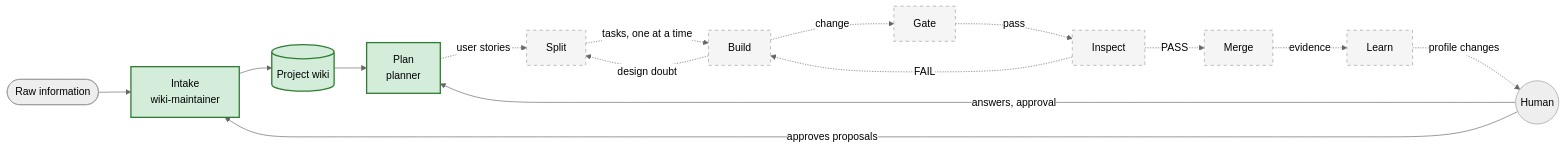
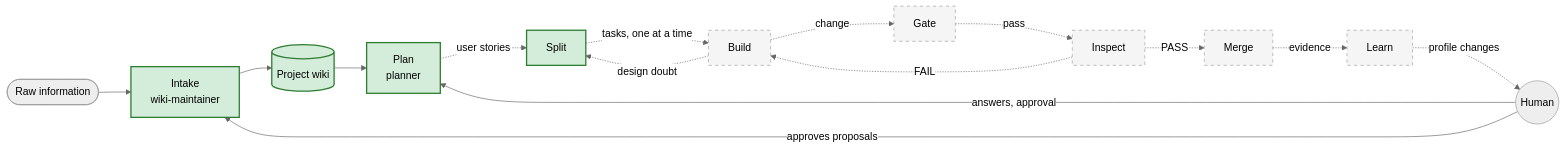
Before and after one commit to juancrfig/ergon: the diagram in docs/factory.md, drawn with Mermaid (neutral theme). The commit also changed other lines of this file and 15 other files, not shown here.

Commit message:
Split node: architect turns approved stories into tasks, code checks coverage, files and repos; read-only code tools (ADR 0025)

````diff
--- a/docs/factory.md
+++ b/docs/factory.md
@@ -8,22 +8,22 @@
 ```mermaid
 flowchart LR
     raw([Raw information]) --> intake
     intake[Intake<br/>wiki-maintainer] --> wiki[(Project wiki)]
     wiki --> plan
     human((Human)) -- answers, approval --> plan
     plan[Plan<br/>planner] -. user stories .-> split[Split]
     split -. tasks, one at a time .-> build[Build]
     build -. design doubt .-> split
     build -. change .-> gate[Gate]
     gate -. pass .-> inspect[Inspect]
     inspect -. PASS .-> merge[Merge]
     inspect -. FAIL .-> build
     merge -. evidence .-> learn[Learn]
     learn -. profile changes .-> human
     human -- approves proposals --> intake
 
     classDef built fill:#d4edda,stroke:#2e7d32,stroke-width:2px;
     classDef todo fill:#f5f5f5,stroke:#9e9e9e,stroke-dasharray:5 5;
-    class intake,wiki,plan built;
-    class split,build,gate,inspect,merge,learn todo;
+    class intake,wiki,plan,split built;
+    class build,gate,inspect,merge,learn todo;
 ```
````
